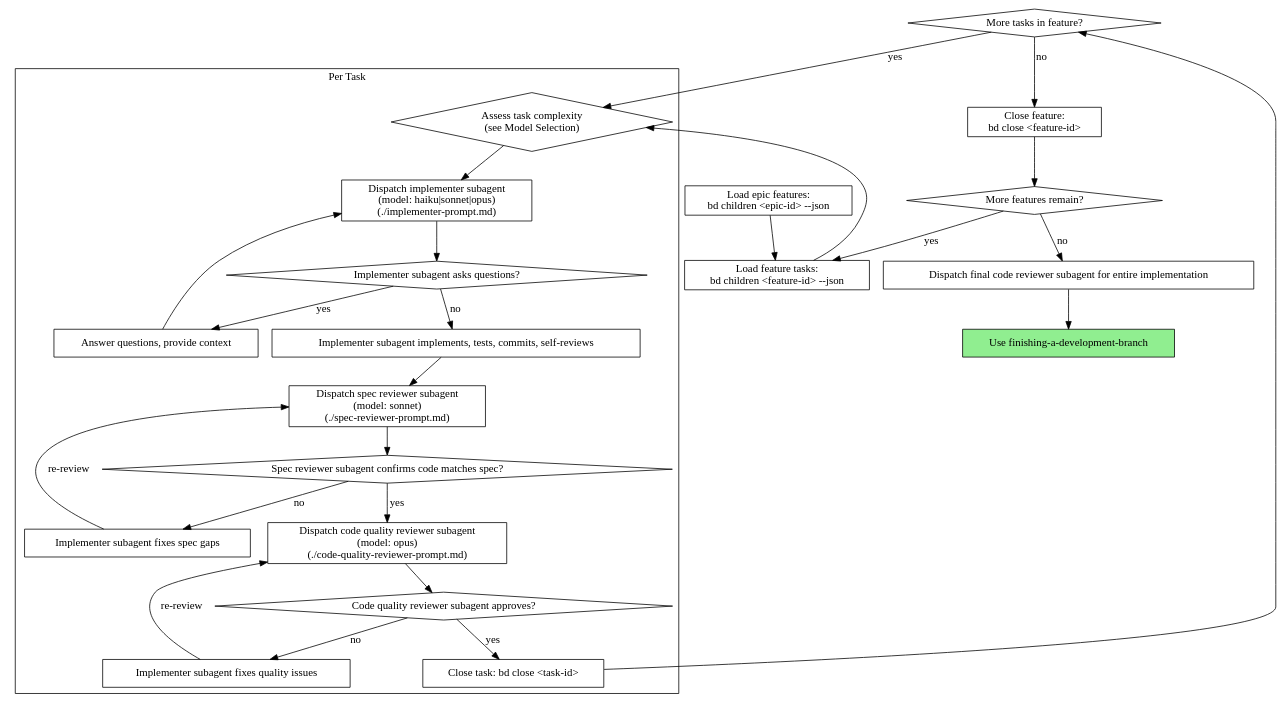
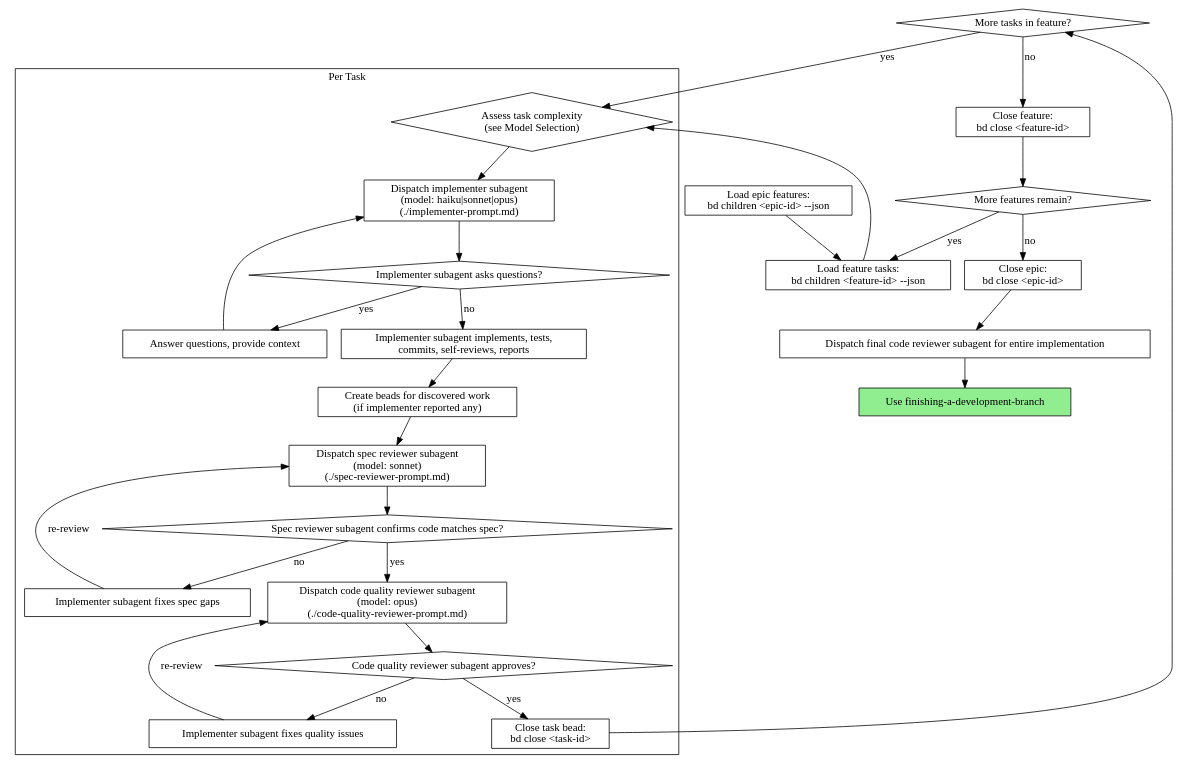
Before and after one commit to jwp23/spe: the second of 2 diagrams in .claude/skills/subagent-driven-development/SKILL.md, drawn with Graphviz. The commit also changed other lines of this file and 5 other files, not shown here.

````diff
--- a/.claude/skills/subagent-driven-development/SKILL.md
+++ b/.claude/skills/subagent-driven-development/SKILL.md
@@ -42,53 +42,57 @@
 ```dot
 digraph process {
     rankdir=TB;
 
     subgraph cluster_per_task {
         label="Per Task";
         "Assess task complexity\n(see Model Selection)" [shape=diamond];
         "Dispatch implementer subagent\n(model: haiku|sonnet|opus)\n(./implementer-prompt.md)" [shape=box];
         "Implementer subagent asks questions?" [shape=diamond];
         "Answer questions, provide context" [shape=box];
-        "Implementer subagent implements, tests, commits, self-reviews" [shape=box];
+        "Implementer subagent implements, tests,\ncommits, self-reviews, reports" [shape=box];
+        "Create beads for discovered work\n(if implementer reported any)" [shape=box];
         "Dispatch spec reviewer subagent\n(model: sonnet)\n(./spec-reviewer-prompt.md)" [shape=box];
         "Spec reviewer subagent confirms code matches spec?" [shape=diamond];
         "Implementer subagent fixes spec gaps" [shape=box];
         "Dispatch code quality reviewer subagent\n(model: opus)\n(./code-quality-reviewer-prompt.md)" [shape=box];
         "Code quality reviewer subagent approves?" [shape=diamond];
         "Implementer subagent fixes quality issues" [shape=box];
-        "Close task: bd close <task-id>" [shape=box];
+        "Close task bead:\nbd close <task-id>" [shape=box];
     }
 
     "Load epic features:\nbd children <epic-id> --json" [shape=box];
     "Load feature tasks:\nbd children <feature-id> --json" [shape=box];
     "More tasks in feature?" [shape=diamond];
     "Close feature:\nbd close <feature-id>" [shape=box];
     "More features remain?" [shape=diamond];
+    "Close epic:\nbd close <epic-id>" [shape=box];
     "Dispatch final code reviewer subagent for entire implementation" [shape=box];
     "Use finishing-a-development-branch" [shape=box style=filled fillcolor=lightgreen];
 
     "Load epic features:\nbd children <epic-id> --json" -> "Load feature tasks:\nbd children <feature-id> --json";
     "Load feature tasks:\nbd children <feature-id> --json" -> "Assess task complexity\n(see Model Selection)";
     "Assess task complexity\n(see Model Selection)" -> "Dispatch implementer subagent\n(model: haiku|sonnet|opus)\n(./implementer-prompt.md)";
     "Dispatch implementer subagent\n(model: haiku|sonnet|opus)\n(./implementer-prompt.md)" -> "Implementer subagent asks questions?";
     "Implementer subagent asks questions?" -> "Answer questions, provide context" [label="yes"];
     "Answer questions, provide context" -> "Dispatch implementer subagent\n(model: haiku|sonnet|opus)\n(./implementer-prompt.md)";
-    "Implementer subagent asks questions?" -> "Implementer subagent implements, tests, commits, self-reviews" [label="no"];
-    "Implementer subagent implements, tests, commits, self-reviews" -> "Dispatch spec reviewer subagent\n(model: sonnet)\n(./spec-reviewer-prompt.md)";
+    "Implementer subagent asks questions?" -> "Implementer subagent implements, tests,\ncommits, self-reviews, reports" [label="no"];
+    "Implementer subagent implements, tests,\ncommits, self-reviews, reports" -> "Create beads for discovered work\n(if implementer reported any)";
+    "Create beads for discovered work\n(if implementer reported any)" -> "Dispatch spec reviewer subagent\n(model: sonnet)\n(./spec-reviewer-prompt.md)";
     "Dispatch spec reviewer subagent\n(model: sonnet)\n(./spec-reviewer-prompt.md)" -> "Spec reviewer subagent confirms code matches spec?";
     "Spec reviewer subagent confirms code matches spec?" -> "Implementer subagent fixes spec gaps" [label="no"];
     "Implementer subagent fixes spec gaps" -> "Dispatch spec reviewer subagent\n(model: sonnet)\n(./spec-reviewer-prompt.md)" [label="re-review"];
     "Spec reviewer subagent confirms code matches spec?" -> "Dispatch code quality reviewer subagent\n(model: opus)\n(./code-quality-reviewer-prompt.md)" [label="yes"];
     "Dispatch code quality reviewer subagent\n(model: opus)\n(./code-quality-reviewer-prompt.md)" -> "Code quality reviewer subagent approves?";
     "Code quality reviewer subagent approves?" -> "Implementer subagent fixes quality issues" [label="no"];
     "Implementer subagent fixes quality issues" -> "Dispatch code quality reviewer subagent\n(model: opus)\n(./code-quality-reviewer-prompt.md)" [label="re-review"];
-    "Code quality reviewer subagent approves?" -> "Close task: bd close <task-id>" [label="yes"];
-    "Close task: bd close <task-id>" -> "More tasks in feature?";
+    "Code quality reviewer subagent approves?" -> "Close task bead:\nbd close <task-id>" [label="yes"];
+    "Close task bead:\nbd close <task-id>" -> "More tasks in feature?";
     "More tasks in feature?" -> "Assess task complexity\n(see Model Selection)" [label="yes"];
     "More tasks in feature?" -> "Close feature:\nbd close <feature-id>" [label="no"];
     "Close feature:\nbd close <feature-id>" -> "More features remain?";
     "More features remain?" -> "Load feature tasks:\nbd children <feature-id> --json" [label="yes"];
-    "More features remain?" -> "Dispatch final code reviewer subagent for entire implementation" [label="no"];
+    "More features remain?" -> "Close epic:\nbd close <epic-id>" [label="no"];
+    "Close epic:\nbd close <epic-id>" -> "Dispatch final code reviewer subagent for entire implementation";
     "Dispatch final code reviewer subagent for entire implementation" -> "Use finishing-a-development-branch";
 }
 ```
````
